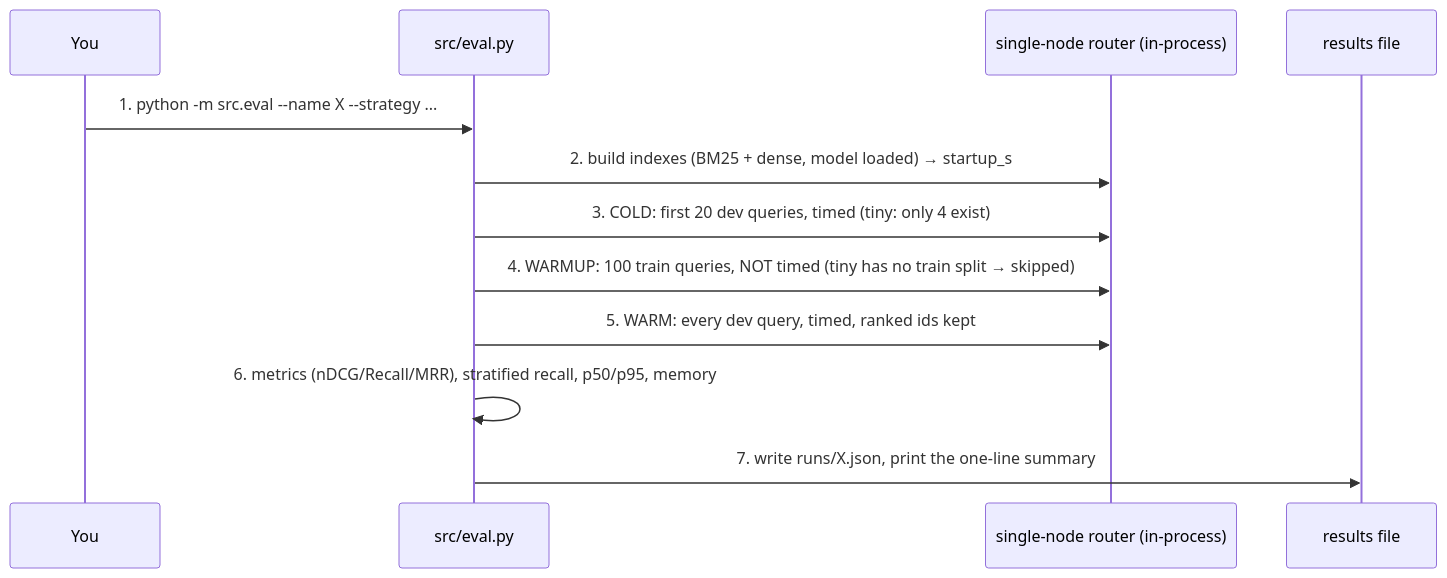
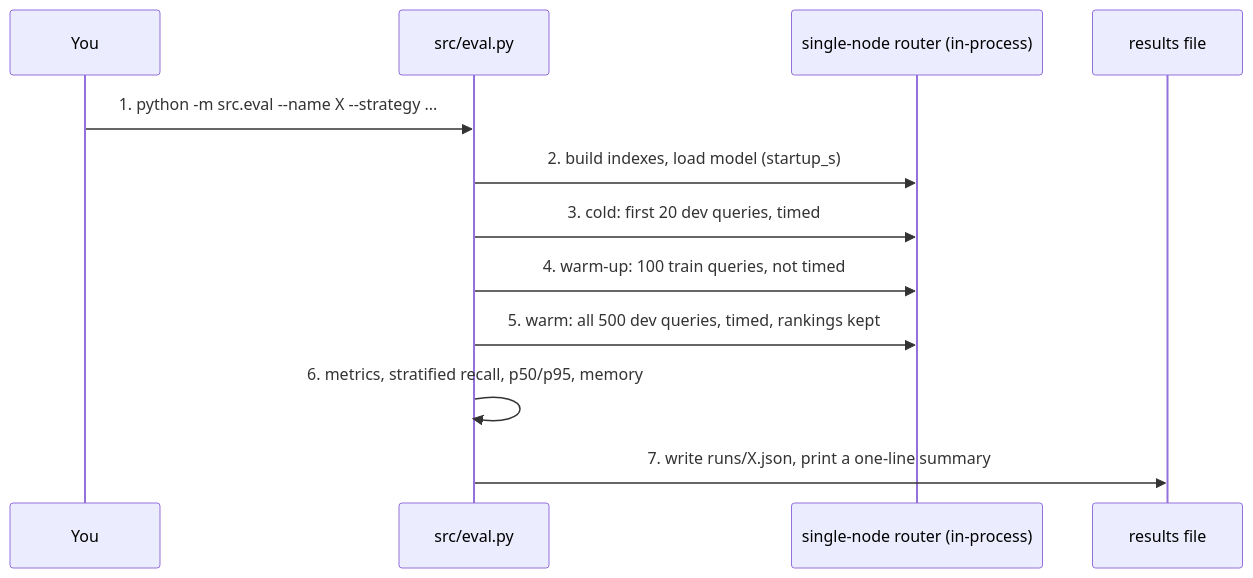
Before and after one commit to node31/fiqa-agentic-retrieval: the third of 4 diagrams in docs/from_zero/06_part_a_end_to_end.md, drawn with Mermaid. The commit also changed other lines of this file and 9 other files, not shown here.

````diff
--- a/docs/from_zero/06_part_a_end_to_end.md
+++ b/docs/from_zero/06_part_a_end_to_end.md
@@ -138,14 +72,14 @@
 ```mermaid
 sequenceDiagram
     participant You
     participant E as src/eval.py
     participant R as single-node router (in-process)
     participant F as results file
     You->>E: 1. python -m src.eval --name X --strategy ...
-    E->>R: 2. build indexes (BM25 + dense, model loaded) → startup_s
-    E->>R: 3. COLD: first 20 dev queries, timed (tiny: only 4 exist)
-    E->>R: 4. WARMUP: 100 train queries, NOT timed (tiny has no train split → skipped)
-    E->>R: 5. WARM: every dev query, timed, ranked ids kept
-    E->>E: 6. metrics (nDCG/Recall/MRR), stratified recall, p50/p95, memory
-    E->>F: 7. write runs/X.json, print the one-line summary
+    E->>R: 2. build indexes, load model (startup_s)
+    E->>R: 3. cold: first 20 dev queries, timed
+    E->>R: 4. warm-up: 100 train queries, not timed
+    E->>R: 5. warm: all 500 dev queries, timed, rankings kept
+    E->>E: 6. metrics, stratified recall, p50/p95, memory
+    E->>F: 7. write runs/X.json, print a one-line summary
 ```
````
